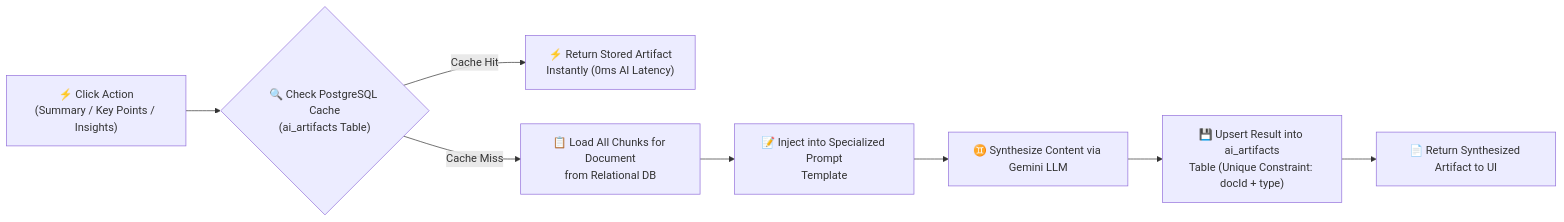
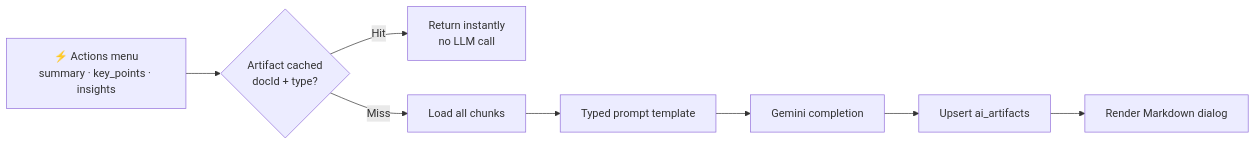
The fifth of 9 diagrams in README.md (harsh18082001/ai-pdf-intelligence), drawn with Mermaid before and after one commit. The commit also changed other lines of this file and 1 other file, not shown here.

````diff
--- a/README.md
+++ b/README.md
@@ -137,10 +197,10 @@
 ```mermaid
 flowchart LR
-    A["⚡ Click Action\n(Summary / Key Points / Insights)"] --> B{"🔍 Check PostgreSQL Cache\n(ai_artifacts Table)"}
-    B -- Cache Hit --> C["⚡ Return Stored Artifact\nInstantly (0ms AI Latency)"]
-    B -- Cache Miss --> D["📋 Load All Chunks for Document\nfrom Relational DB"]
-    D --> E["📝 Inject into Specialized Prompt\nTemplate"]
-    E --> F["♊ Synthesize Content via Gemini LLM"]
-    F --> G["💾 Upsert Result into ai_artifacts\nTable (Unique Constraint: docId + type)"]
-    G --> H["📄 Return Synthesized Artifact to UI"]
+    A["⚡ Actions menu<br/>summary · key_points · insights"] --> B{"Artifact cached<br/>docId + type?"}
+    B -- Hit --> C["Return instantly<br/>no LLM call"]
+    B -- Miss --> D["Load all chunks"]
+    D --> E["Typed prompt template"]
+    E --> F["Gemini completion"]
+    F --> G["Upsert ai_artifacts"]
+    G --> H["Render Markdown dialog"]
 ```
````
